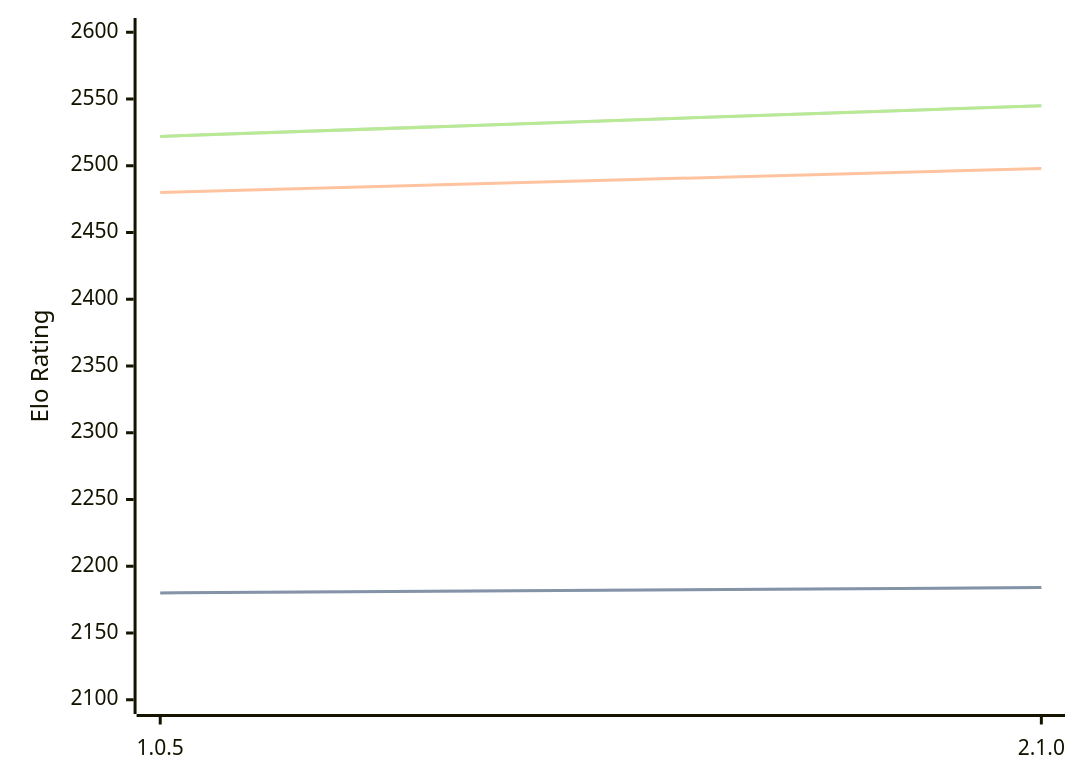
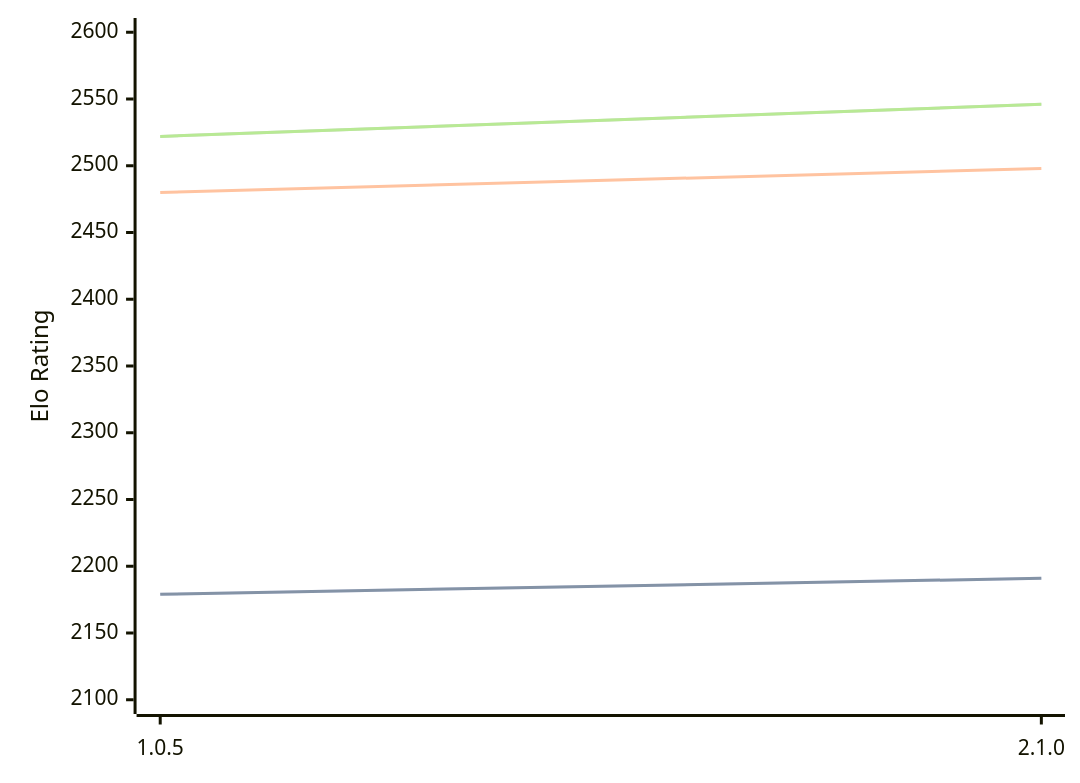
The diagram in engines/Ruffian.md (computer-chess-index/cci), drawn with Mermaid before and after one commit. The commit also changed other lines of this file, not shown here.

Commit message:
Update CCI Ratings (ELO VLTC) - 2026-04-27

````diff
--- a/engines/Ruffian.md
+++ b/engines/Ruffian.md
@@ -32,11 +32,11 @@
 ```mermaid
 %%{init: {"theme":"base","themeVariables":{"seriesColors:['#a3a3a3','#222221','#faa371']}}}%%
 xychart-beta
   x-axis ["1.0.5", "2.1.0"]
   y-axis "Elo Rating" 2100 --> 2600
-  line "STC (8.0+0.08s)" [2180, 2184]
-  line "STC (8.0+0.08s)" [2180, 2184]
+  line "STC (8.0+0.08s)" [2179, 2191]
+  line "STC (8.0+0.08s)" [2179, 2191]
   line "LTC (60.0+0.60s)" [2480, 2498]
-  line "VLTC (2m24s+1.12s)" [2522, 2545]
-  line "VLTC (2m24s+1.12s)" [2522, 2545]
+  line "VLTC (2m24s+1.12s)" [2522, 2546]
+  line "VLTC (2m24s+1.12s)" [2522, 2546]
 ```
````
